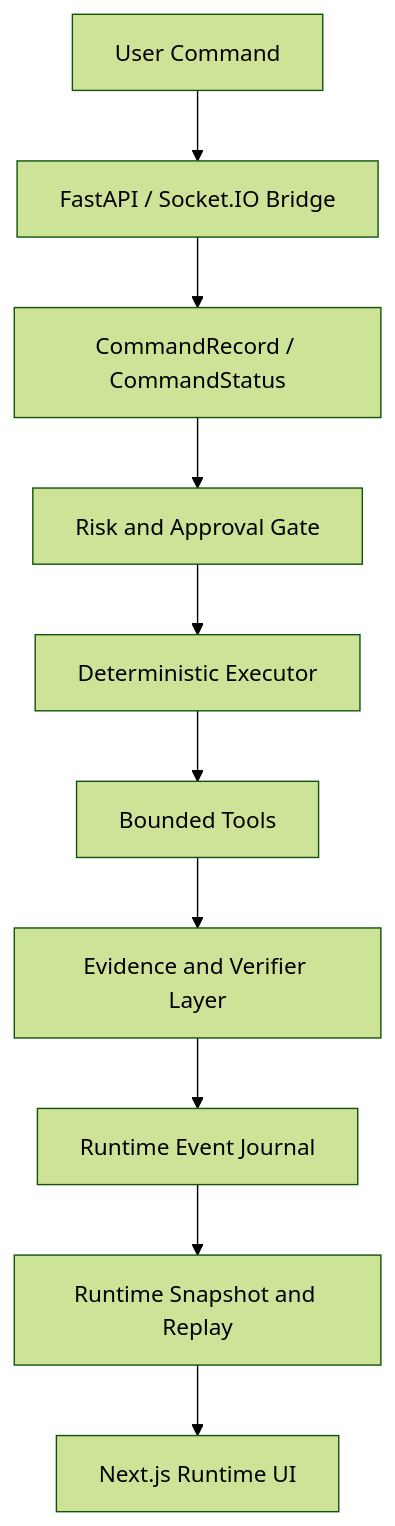
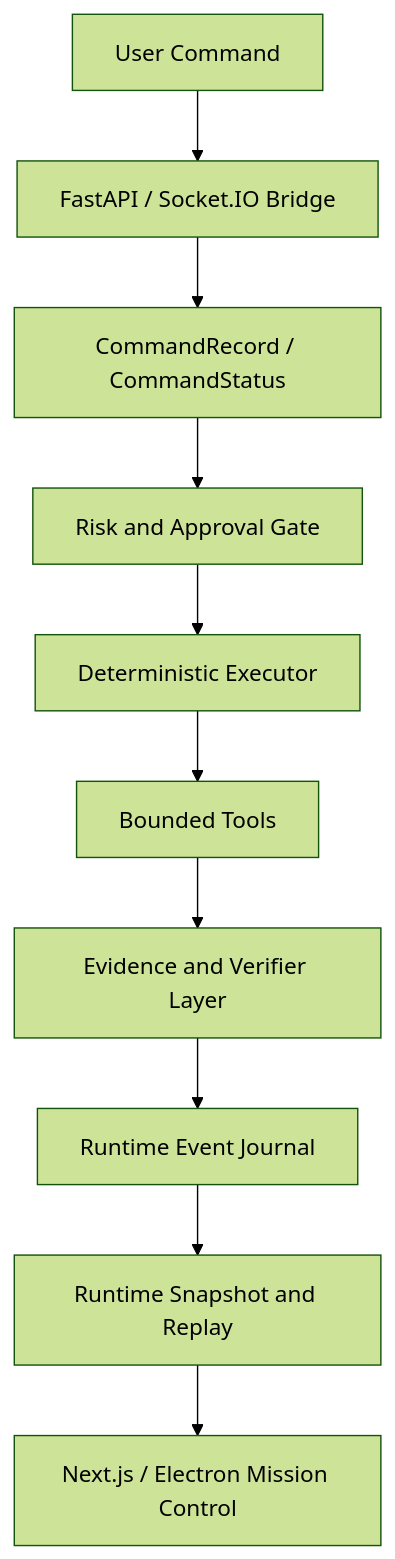
One commit to WexyS/Aegis changed the diagram in README.md. Above: the diagram before and after it, drawn with Mermaid (forest theme). The commit also changed other lines of this file and 18 other files, not shown here.

````diff
--- a/README.md
+++ b/README.md
@@ -61,12 +119,12 @@
 ```mermaid
 graph TD
     User[User Command] --> API[FastAPI / Socket.IO Bridge]
     API --> Command[CommandRecord / CommandStatus]
     Command --> Guard[Risk and Approval Gate]
     Guard --> Executor[Deterministic Executor]
     Executor --> Tools[Bounded Tools]
     Tools --> Verifier[Evidence and Verifier Layer]
     Verifier --> Journal[Runtime Event Journal]
     Journal --> Snapshot[Runtime Snapshot and Replay]
-    Snapshot --> UI[Next.js Runtime UI]
+    Snapshot --> UI[Next.js / Electron Mission Control]
 ```
````
